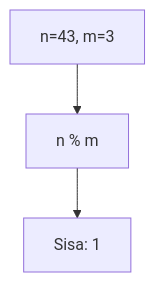
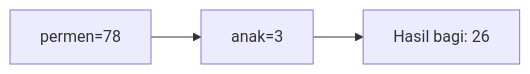
Before and after one commit to amnahwaida/OSNK_INF_PREP: the second of 25 diagrams in part-c-pemahaman-cpp/01-tipe-data/latihan/set-11.md, drawn with Mermaid. The commit also changed other lines of this file and 71 other files, not shown here.

````diff
--- a/part-c-pemahaman-cpp/01-tipe-data/latihan/set-11.md
+++ b/part-c-pemahaman-cpp/01-tipe-data/latihan/set-11.md
@@ -22,5 +51,5 @@
 ```mermaid
-graph TD
-A["n=43, m=3"] --> B["n % m"]
-B --> C["Sisa: 1"]
+graph LR
+A["permen=78"] --> B["anak=3"]
+B --> C["Hasil bagi: 26"]
 ```
````
